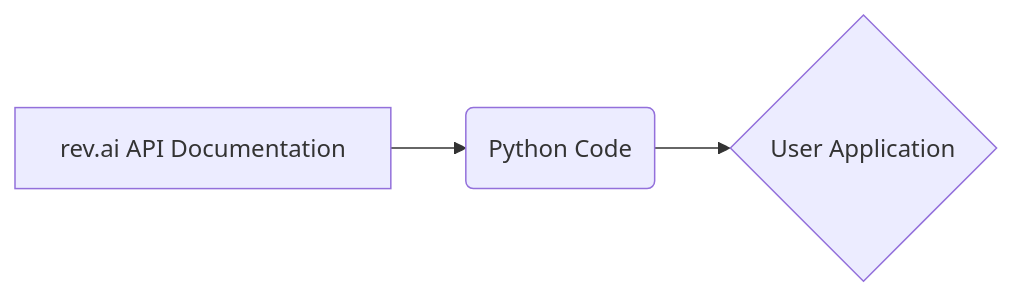
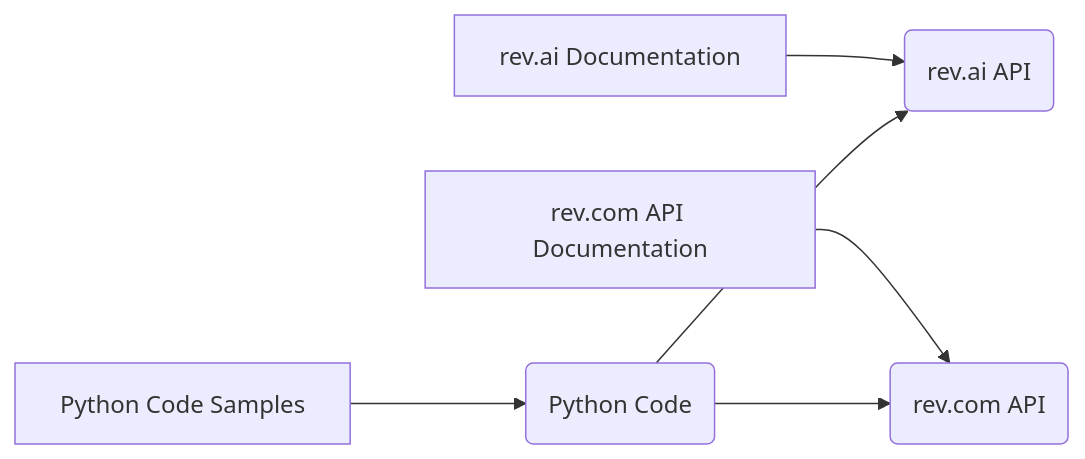
Before and after one commit to hypo69/hypo: the diagram in docs/gemini/ru/explainer/src/ai/revai/readme.ru.md, drawn with Mermaid. The commit also changed other lines of this file and 877 other files, not shown here.

````diff
--- a/docs/gemini/ru/explainer/src/ai/revai/readme.ru.md
+++ b/docs/gemini/ru/explainer/src/ai/revai/readme.ru.md
@@ -16,5 +16,8 @@
 ```mermaid
 graph LR
-    A[rev.ai API Documentation] --> B(Python Code);
-    B --> C{User Application};
+    A[rev.com API Documentation] --> B(rev.com API);
+    C[rev.ai Documentation] --> D(rev.ai API);
+    E[Python Code Samples] --> F(Python Code);
+    F --> D;
+    F --> B;
 ```
````
